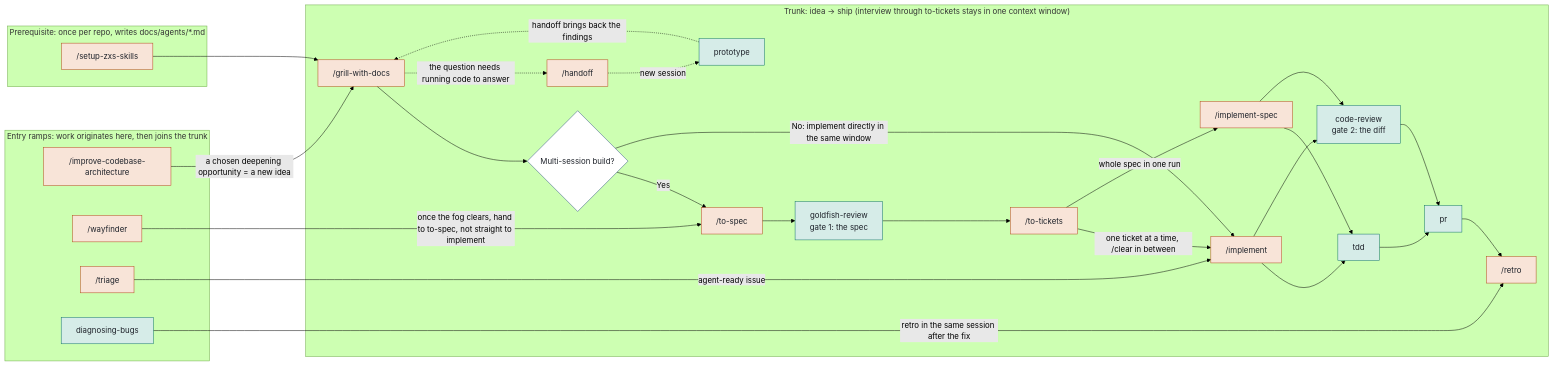
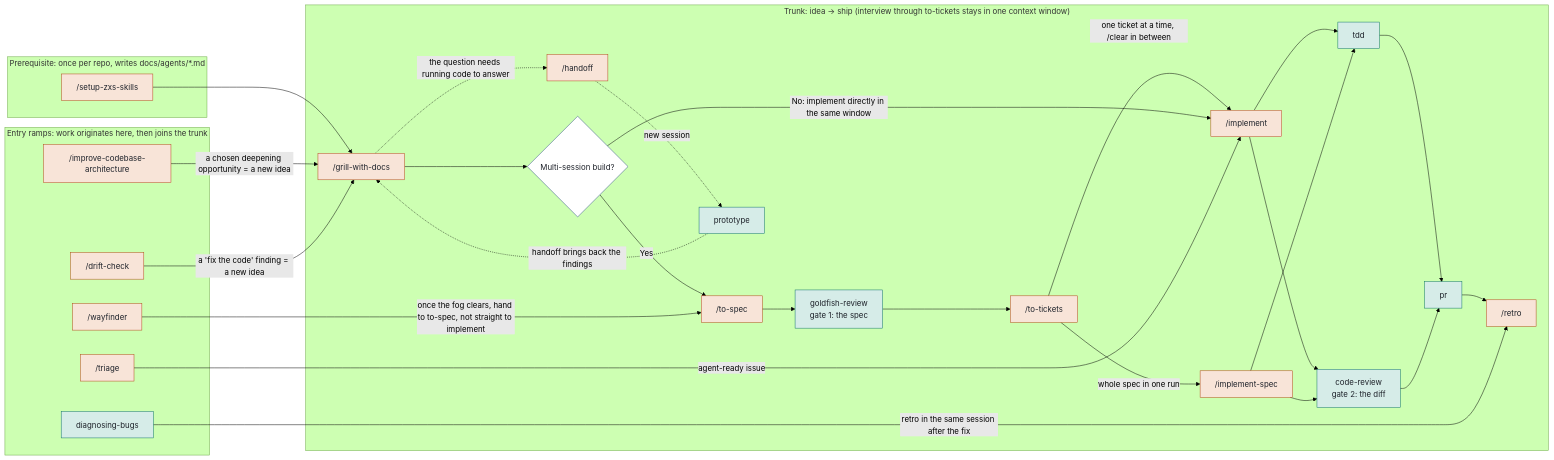
One commit to zxsong111/skills changed the first of 3 diagrams in SKILLS-MAP.md. Above: the diagram before and after it, drawn with Mermaid (forest theme). The commit also changed other lines of this file and 9 other files, not shown here.

First line of the commit message:
add drift-check: goldfish code-fit review of the narrative docs

````diff
--- a/SKILLS-MAP.md
+++ b/SKILLS-MAP.md
@@ -11,49 +11,51 @@
 ```mermaid
 flowchart LR
   classDef user fill:#f8e4d8,stroke:#b4471a,color:#1e222a
   classDef model fill:#d6ece8,stroke:#0f7268,color:#1e222a
   classDef q fill:#fff,stroke:#2f4f85,color:#1e222a
 
   subgraph pre["Prerequisite: once per repo, writes docs/agents/*.md"]
     setup["/setup-zxs-skills"]:::user
   end
 
   subgraph ramps["Entry ramps: work originates here, then joins the trunk"]
     improve["/improve-codebase-architecture"]:::user
+    drift["/drift-check"]:::user
     way["/wayfinder"]:::user
     triage["/triage"]:::user
     diag["diagnosing-bugs"]:::model
   end
 
   subgraph main["Trunk: idea → ship (interview through to-tickets stays in one context window)"]
     grill["/grill-with-docs"]:::user
     q1{"Multi-session build?"}:::q
     spec["/to-spec"]:::user
     goldfish["goldfish-review<br/>gate 1: the spec"]:::model
     tickets["/to-tickets"]:::user
     impl["/implement"]:::user
     implspec["/implement-spec"]:::user
     tdd["tdd"]:::model
     review["code-review<br/>gate 2: the diff"]:::model
     pr["pr"]:::model
     retro["/retro"]:::user
     handoff["/handoff"]:::user
     proto["prototype"]:::model
 
     grill --> q1
     q1 -- Yes --> spec --> goldfish --> tickets
     tickets -- "one ticket at a time, /clear in between" --> impl
     tickets -- "whole spec in one run" --> implspec
     q1 -- "No: implement directly in the same window" --> impl
     impl --> tdd & review
     implspec --> tdd & review
     tdd & review --> pr --> retro
     grill -. "the question needs running code to answer" .-> handoff -. "new session" .-> proto -. "handoff brings back the findings" .-> grill
   end
 
   setup --> grill
   improve -- "a chosen deepening opportunity = a new idea" --> grill
+  drift -- "a 'fix the code' finding = a new idea" --> grill
   way -- "once the fog clears, hand to to-spec, not straight to implement" --> spec
   triage -- "agent-ready issue" --> impl
   diag -- "retro in the same session after the fix" --> retro
 ```
````
